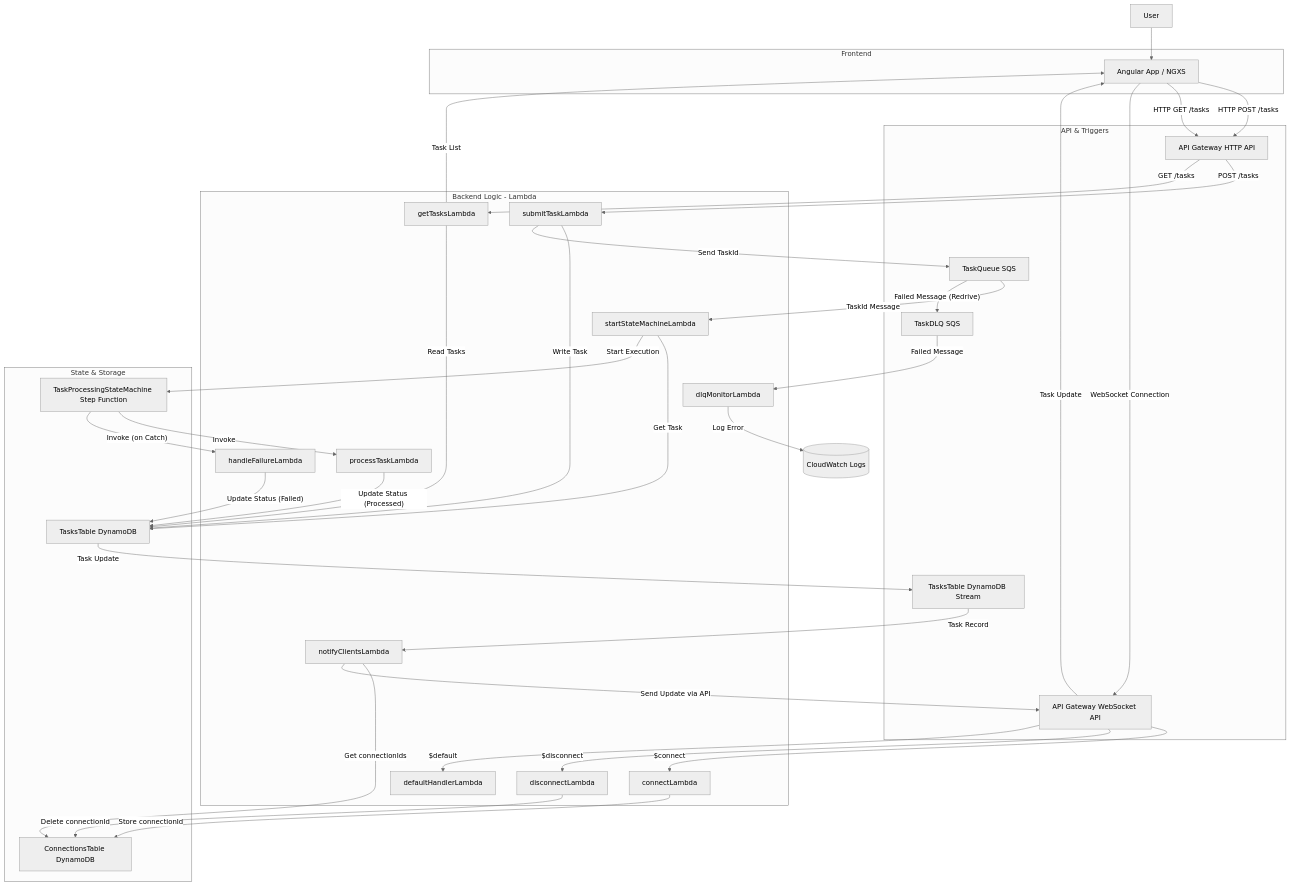
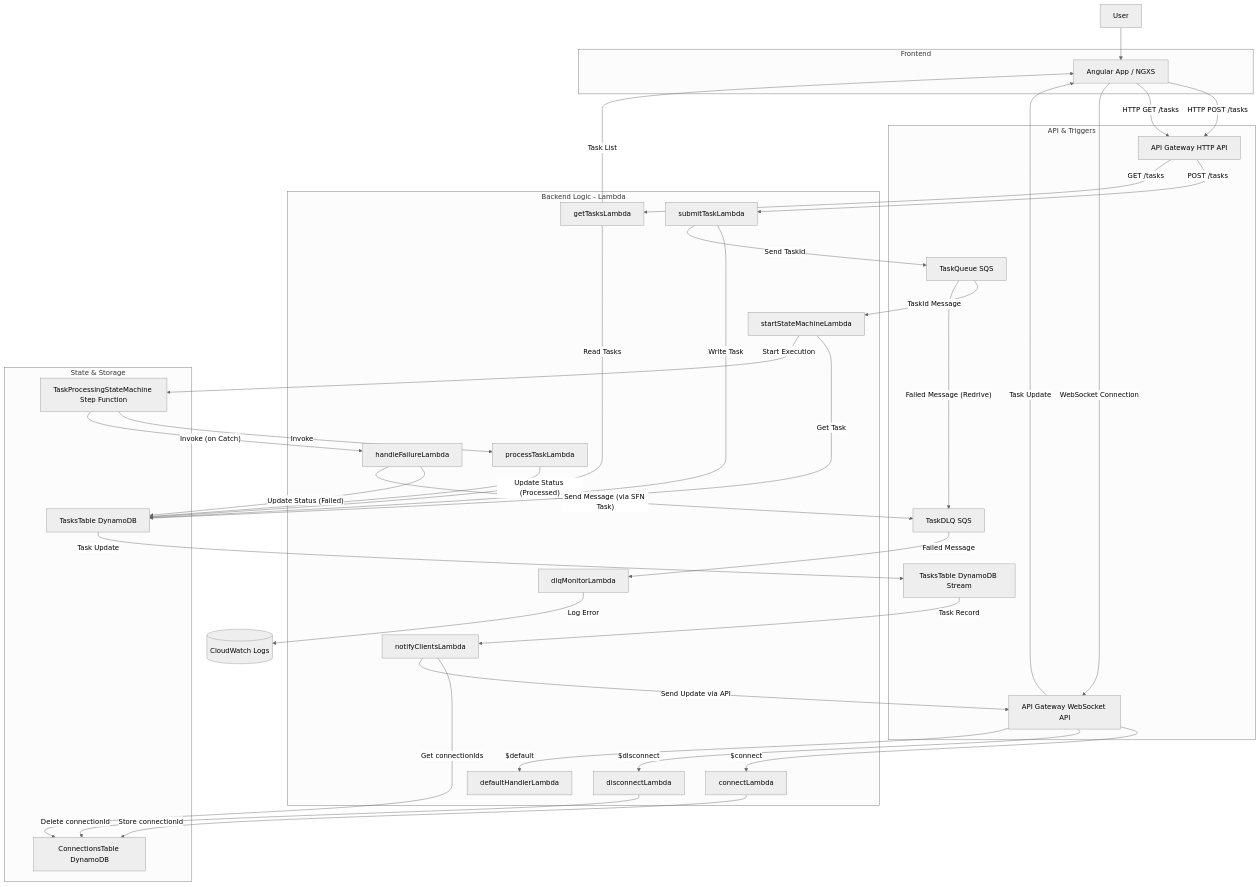
The diagram in docs/architecture.md (anival-github/task-processing-app), drawn with Mermaid (neutral theme) before and after one commit. The commit also changed other lines of this file and 12 other files, not shown here.

````diff
--- a/docs/architecture.md
+++ b/docs/architecture.md
@@ -3,73 +3,74 @@
 ```mermaid
 graph TD
     subgraph Frontend
         FE[Angular App / NGXS]
     end
 
     subgraph API & Triggers
         APIGW_HTTP[API Gateway HTTP API]
         APIGW_WS[API Gateway WebSocket API]
         SQS[TaskQueue SQS]
         DDB_Stream[TasksTable DynamoDB Stream]
         DLQ[TaskDLQ SQS]
     end
 
     subgraph Backend Logic - Lambda
         SubmitL[submitTaskLambda]
         GetL[getTasksLambda]
         StartSFL[startStateMachineLambda]
         ProcessL[processTaskLambda]
         HandleFailL[handleFailureLambda]
         MonitorDLQL[dlqMonitorLambda]
         ConnectL[connectLambda]
         DisconnectL[disconnectLambda]
         DefaultL[defaultHandlerLambda]
         NotifyL[notifyClientsLambda]
     end
 
     subgraph State & Storage
         DDB_Tasks[TasksTable DynamoDB]
         DDB_Conn[ConnectionsTable DynamoDB]
         SFN[TaskProcessingStateMachine Step Function]
     end
 
     User --> FE
     FE -- HTTP POST /tasks --> APIGW_HTTP
     FE -- HTTP GET /tasks --> APIGW_HTTP
     FE -- WebSocket Connection --> APIGW_WS
 
     APIGW_HTTP -- POST /tasks --> SubmitL
     APIGW_HTTP -- GET /tasks --> GetL
 
     SubmitL -- Write Task --> DDB_Tasks
     SubmitL -- Send TaskId --> SQS
 
     GetL -- Read Tasks --> DDB_Tasks
     GetL -- Task List --> FE
 
     SQS -- TaskId Message --> StartSFL
     StartSFL -- Get Task --> DDB_Tasks
     StartSFL -- Start Execution --> SFN
 
     SFN -- Invoke --> ProcessL
     ProcessL -- Update Status (Processed) --> DDB_Tasks
     SFN -- Invoke (on Catch) --> HandleFailL
     HandleFailL -- Update Status (Failed) --> DDB_Tasks
+    HandleFailL -- Send Message (via SFN Task) --> DLQ
 
     SQS -- Failed Message (Redrive) --> DLQ
     DLQ -- Failed Message --> MonitorDLQL
     MonitorDLQL -- Log Error --> CloudWatchLogs[(CloudWatch Logs)]
 
     APIGW_WS -- $connect --> ConnectL
     ConnectL -- Store connectionId --> DDB_Conn
     APIGW_WS -- $disconnect --> DisconnectL
     DisconnectL -- Delete connectionId --> DDB_Conn
     APIGW_WS -- $default --> DefaultL
 
     DDB_Tasks -- Task Update --> DDB_Stream
     DDB_Stream -- Task Record --> NotifyL
     NotifyL -- Get connectionIds --> DDB_Conn
     NotifyL -- Send Update via API --> APIGW_WS
     APIGW_WS -- Task Update --> FE
 
 ```
````
